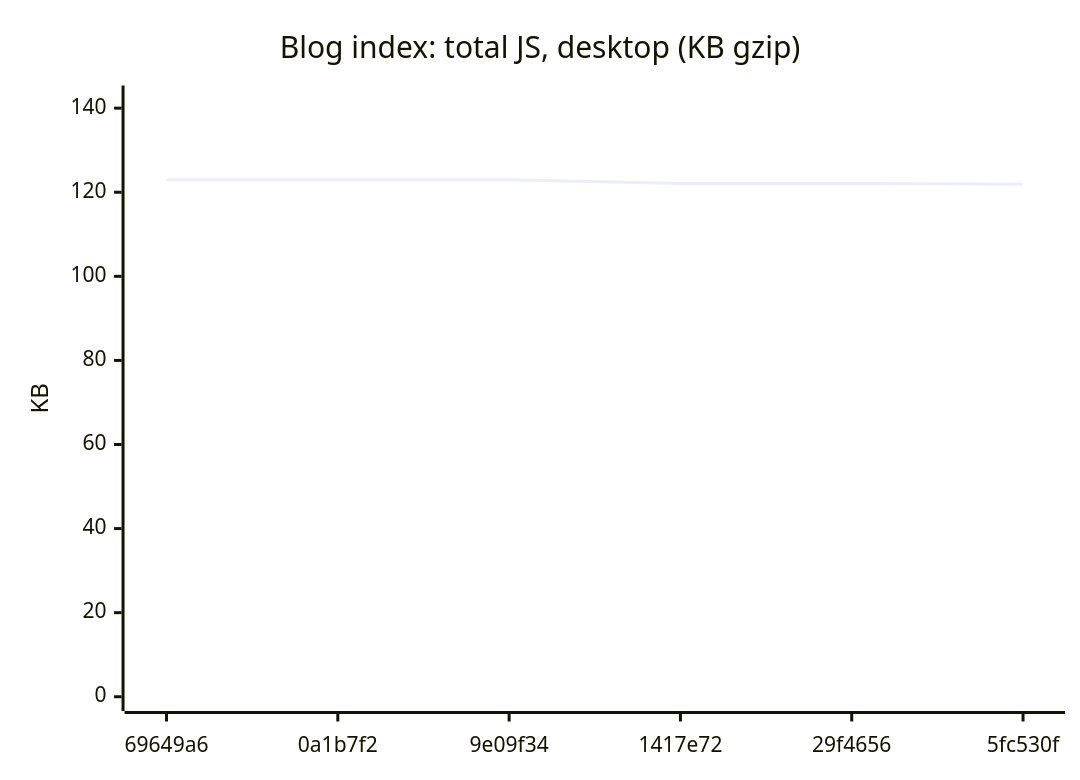
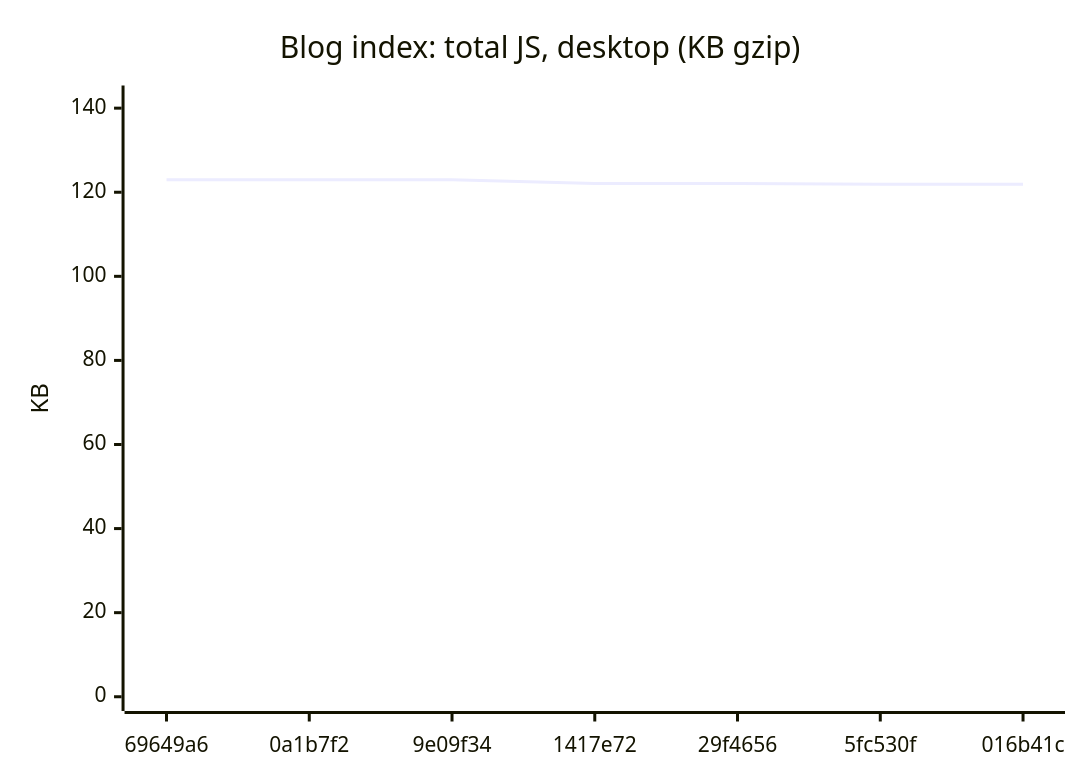
The third of 18 diagrams in README.md (AxelUser/maltsev.space), drawn with Mermaid before and after one commit. The commit also changed other lines of this file and 1 other file, not shown here.

````diff
--- a/README.md
+++ b/README.md
@@ -53,7 +53,7 @@
 ```mermaid
 xychart-beta
   title "Blog index: total JS, desktop (KB gzip)"
-  x-axis ["69649a6", "0a1b7f2", "9e09f34", "1417e72", "29f4656", "5fc530f"]
+  x-axis ["69649a6", "0a1b7f2", "9e09f34", "1417e72", "29f4656", "5fc530f", "016b41c"]
   y-axis "KB" 0 --> 142
-  line [123, 123, 123, 122.1, 122.1, 121.9]
+  line [123, 123, 123, 122.1, 122.1, 121.9, 121.9]
 ```
````
